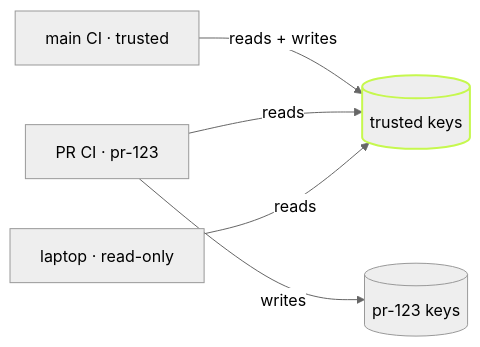
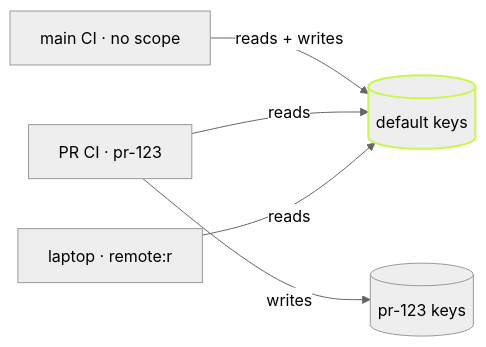
One commit to vznjs/vx changed the diagram in packages/vx-docs/src/content/docs/blog/the-cache-on-your-terms.md. Above: the diagram before and after it, drawn with Mermaid (neutral theme). The commit also changed other lines of this file and 48 other files, not shown here.

First line of the commit message:
feat(cache)!: read the default key first; a scope only names writes

````diff
--- a/packages/vx-docs/src/content/docs/blog/the-cache-on-your-terms.md
+++ b/packages/vx-docs/src/content/docs/blog/the-cache-on-your-terms.md
@@ -81,8 +81,8 @@
 ```mermaid
 flowchart LR
-  M[main CI · trusted] -->|reads + writes| T[(trusted keys)]
+  M[main CI · no scope] -->|reads + writes| T[(default keys)]
   P[PR CI · pr-123] -->|reads| T
   P -->|writes| S[(pr-123 keys)]
-  L[laptop · read-only] -->|reads| T
+  L[laptop · remote:r] -->|reads| T
   style T stroke:#c6f84e,stroke-width:2px
 ```
````
